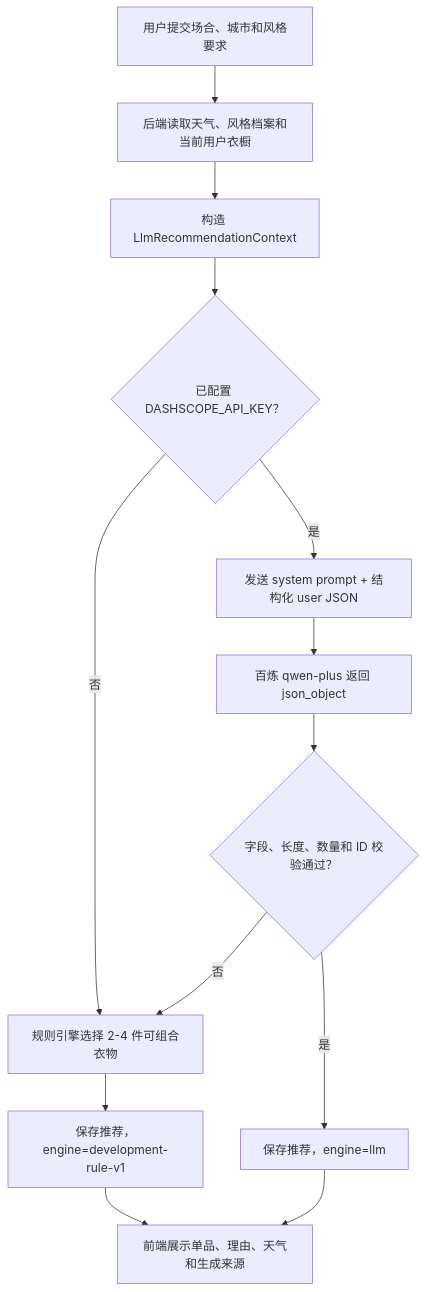
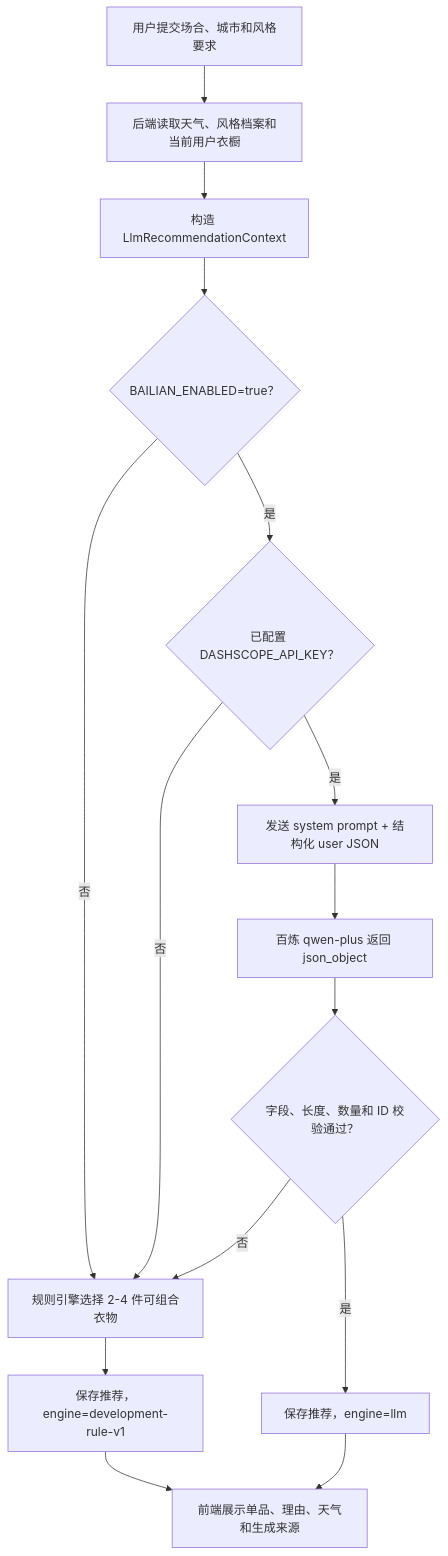
Before and after one commit to jaimelove67/fashion-recommend: the diagram in docs/llm-integration-evidence.md, drawn with Mermaid. The commit also changed other lines of this file and 52 other files, not shown here.

```diff
--- a/docs/llm-integration-evidence.md
+++ b/docs/llm-integration-evidence.md
@@ -7,15 +7,17 @@
 ~~~mermaid
 flowchart TD
     A["用户提交场合、城市和风格要求"] --> B["后端读取天气、风格档案和当前用户衣橱"]
     B --> C["构造 LlmRecommendationContext"]
-    C --> D{"已配置 DASHSCOPE_API_KEY？"}
+    C --> D{"BAILIAN_ENABLED=true？"}
     D -- "否" --> R["规则引擎选择 2-4 件可组合衣物"]
-    D -- "是" --> E["发送 system prompt + 结构化 user JSON"]
-    E --> F["百炼 qwen-plus 返回 json_object"]
-    F --> G{"字段、长度、数量和 ID 校验通过？"}
-    G -- "否" --> R
-    G -- "是" --> H["保存推荐，engine=llm"]
-    R --> I["保存推荐，engine=development-rule-v1"]
-    H --> J["前端展示单品、理由、天气和生成来源"]
-    I --> J
+    D -- "是" --> E{"已配置 DASHSCOPE_API_KEY？"}
+    E -- "否" --> R
+    E -- "是" --> F["发送 system prompt + 结构化 user JSON"]
+    F --> G["百炼 qwen-plus 返回 json_object"]
+    G --> H{"字段、长度、数量和 ID 校验通过？"}
+    H -- "否" --> R
+    H -- "是" --> I["保存推荐，engine=llm"]
+    R --> J["保存推荐，engine=development-rule-v1"]
+    I --> K["前端展示单品、理由、天气和生成来源"]
+    J --> K
 ~~~
```
